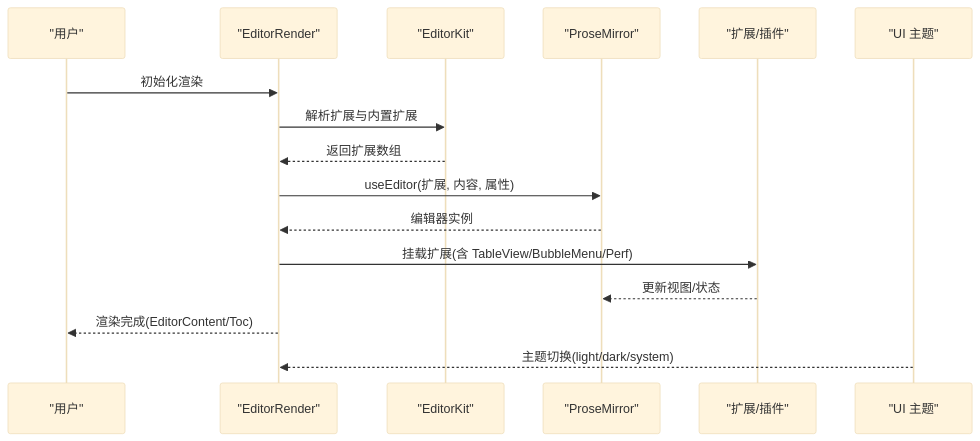
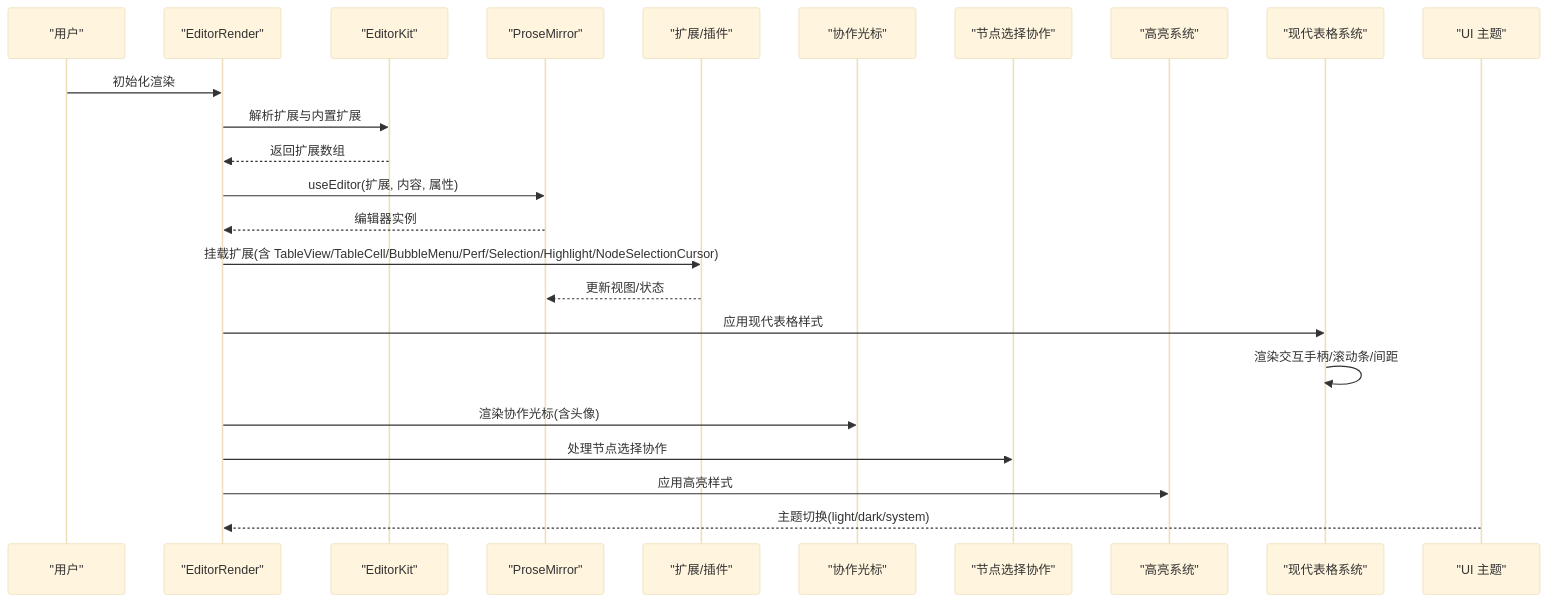
Before and after one commit to LRF0422/Kotion: the second of 15 diagrams in .qoder/repowiki/zh/content/架构设计/编辑器内核架构/编辑器渲染机制.md, drawn with Mermaid (base theme). The commit also changed other lines of this file and 75 other files, not shown here.

````diff
--- a/.qoder/repowiki/zh/content/架构设计/编辑器内核架构/编辑器渲染机制.md
+++ b/.qoder/repowiki/zh/content/架构设计/编辑器内核架构/编辑器渲染机制.md
@@ -136,18 +211,26 @@
 ```mermaid
 sequenceDiagram
 participant U as "用户"
 participant ER as "EditorRender"
 participant KIT as "EditorKit"
 participant PM as "ProseMirror"
 participant EXT as "扩展/插件"
+participant COL as "协作光标"
+participant NSC as "节点选择协作"
+participant HL as "高亮系统"
+participant MODERN as "现代表格系统"
 participant UI as "UI 主题"
 U->>ER : 初始化渲染
 ER->>KIT : 解析扩展与内置扩展
 KIT-->>ER : 返回扩展数组
 ER->>PM : useEditor(扩展, 内容, 属性)
 PM-->>ER : 编辑器实例
-ER->>EXT : 挂载扩展(含 TableView/BubbleMenu/Perf)
+ER->>EXT : 挂载扩展(含 TableView/TableCell/BubbleMenu/Perf/Selection/Highlight/NodeSelectionCursor)
 EXT-->>PM : 更新视图/状态
-ER-->>U : 渲染完成(EditorContent/Toc)
+ER->>MODERN : 应用现代表格样式
+MODERN->>MODERN : 渲染交互手柄/滚动条/间距
+ER->>COL : 渲染协作光标(含头像)
+ER->>NSC : 处理节点选择协作
+ER->>HL : 应用高亮样式
 UI-->>ER : 主题切换(light/dark/system)
 ```
````
